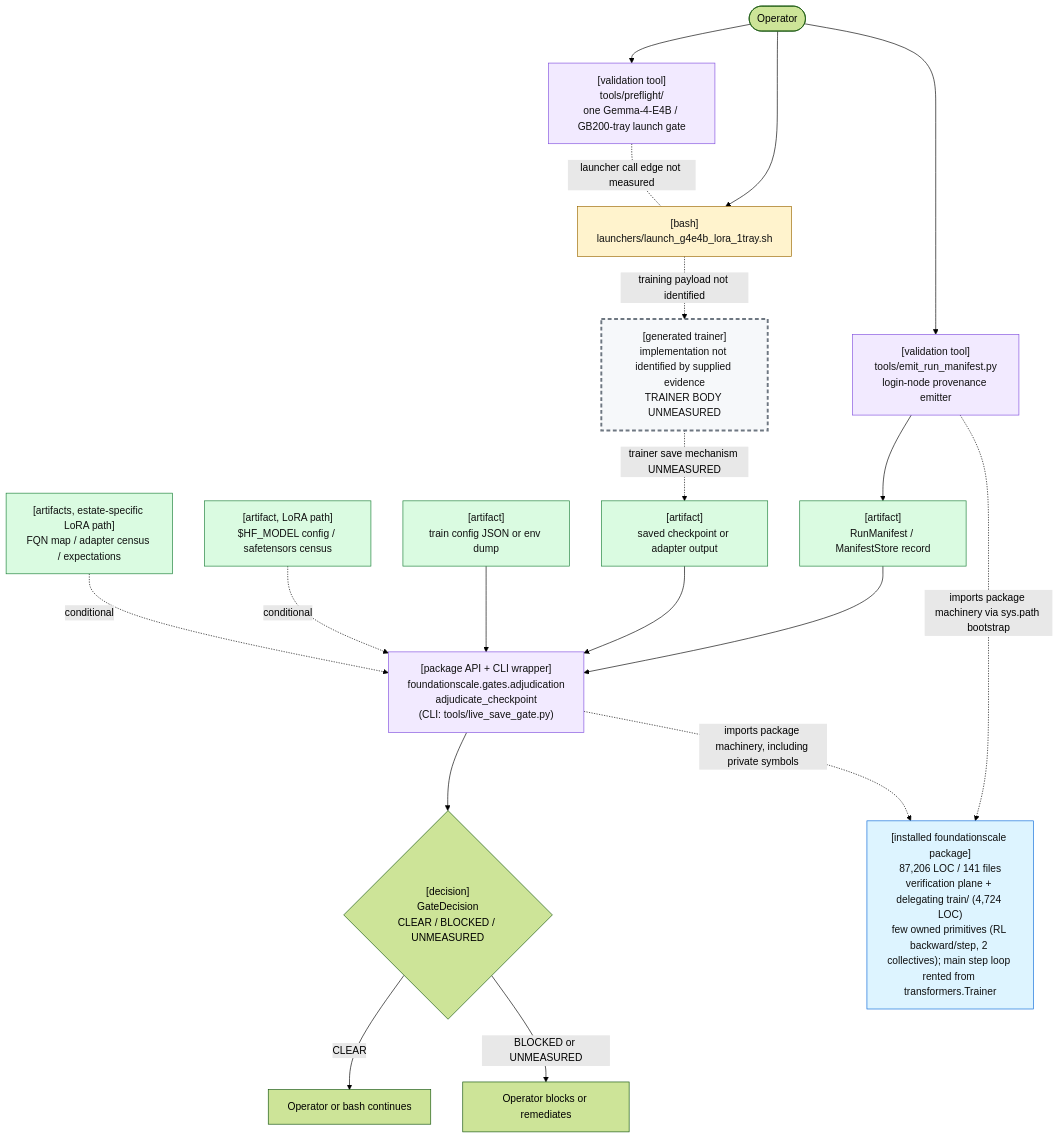
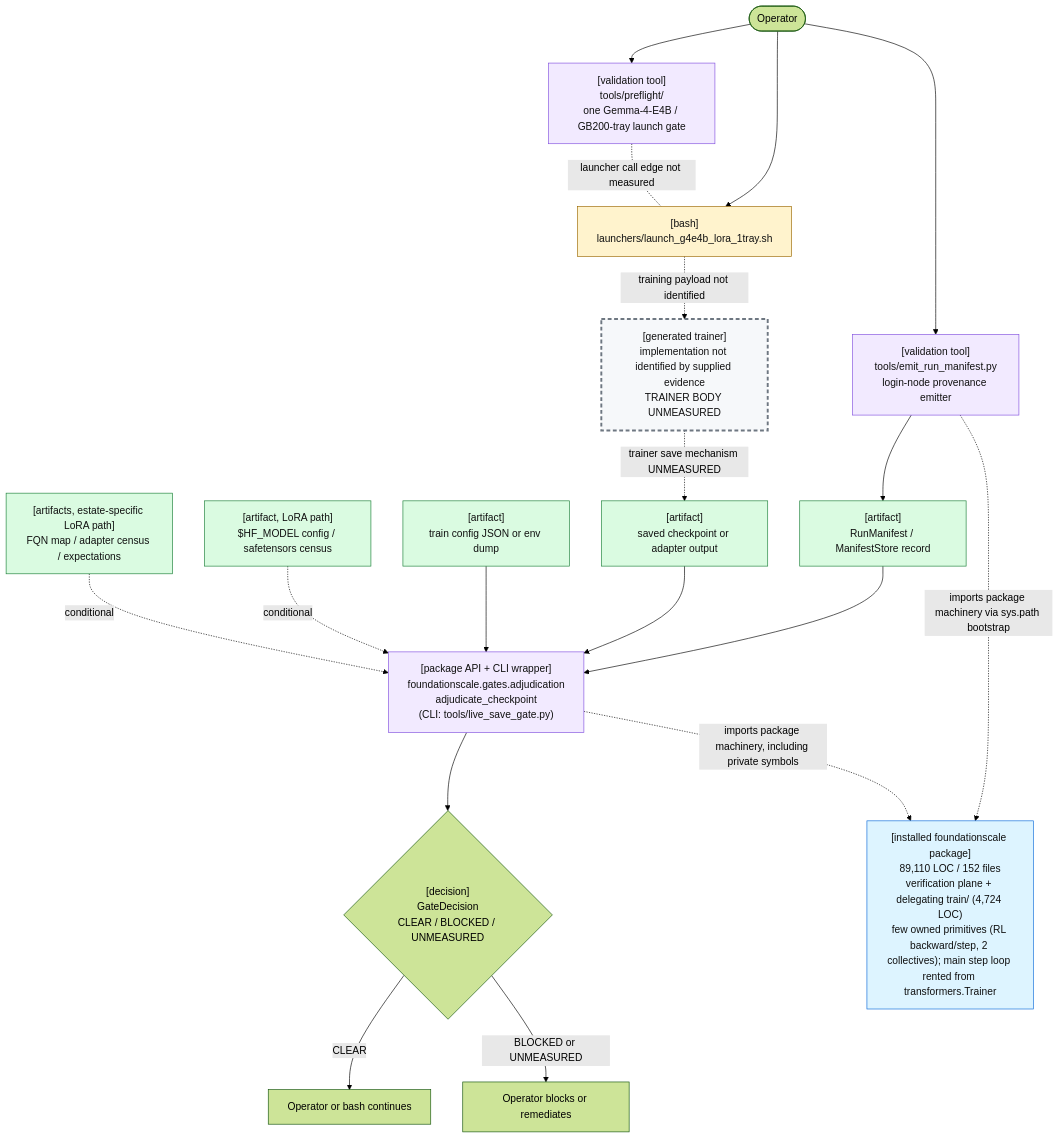
One commit to TranNhiem/FoundationScale changed the first of 2 diagrams in docs/review/D2_current_architecture.md. Above: the diagram before and after it, drawn with Mermaid (forest theme). The commit also changed other lines of this file and 10 other files, not shown here.

````diff
--- a/docs/review/D2_current_architecture.md
+++ b/docs/review/D2_current_architecture.md
@@ -25,59 +25,59 @@
 ```mermaid
 flowchart TB
   O(["Operator"])
 
   PF["[validation tool]<br/>tools/preflight/<br/>one Gemma-4-E4B / GB200-tray launch gate"]
   L["[bash]<br/>launchers/launch_g4e4b_lora_1tray.sh"]
 
   E["[validation tool]<br/>tools/emit_run_manifest.py<br/>login-node provenance emitter"]
   M["[artifact]<br/>RunManifest / ManifestStore record"]
 
   T["[generated trainer]<br/>implementation not identified by supplied evidence<br/>TRAINER BODY UNMEASURED"]
   C["[artifact]<br/>saved checkpoint or adapter output"]
 
   G["[package API + CLI wrapper]<br/>foundationscale.gates.adjudication<br/>adjudicate_checkpoint<br/>(CLI: tools/live_save_gate.py)"]
   CFG["[artifact]<br/>train config JSON or env dump"]
   BASE["[artifact, LoRA path]<br/>$HF_MODEL config / safetensors census"]
   CEN["[artifacts, estate-specific LoRA path]<br/>FQN map / adapter census / expectations"]
 
   D{"[decision]<br/>GateDecision<br/>CLEAR / BLOCKED / UNMEASURED"}
   OK["Operator or bash continues"]
   NO["Operator blocks or remediates"]
 
-  PKG["[installed foundationscale package]<br/>87,206 LOC / 141 files<br/>verification plane + delegating train/ (4,724 LOC)<br/>few owned primitives (RL backward/step, 2 collectives); main step loop rented from transformers.Trainer"]
+  PKG["[installed foundationscale package]<br/>89,110 LOC / 152 files<br/>verification plane + delegating train/ (4,724 LOC)<br/>few owned primitives (RL backward/step, 2 collectives); main step loop rented from transformers.Trainer"]
 
   O --> PF
   O --> L
   PF -. "launcher call edge not measured" .- L
 
   O --> E
   E --> M
 
   L -. "training payload not identified" .-> T
   T -. "trainer save mechanism UNMEASURED" .-> C
 
   M --> G
   C --> G
   CFG --> G
   BASE -. "conditional" .-> G
   CEN -. "conditional" .-> G
 
   E -. "imports package machinery via sys.path bootstrap" .-> PKG
   G -. "imports package machinery, including private symbols" .-> PKG
 
   G --> D
   D -->|"CLEAR"| OK
   D -->|"BLOCKED or UNMEASURED"| NO
 
   classDef bash fill:#fff3cd,stroke:#9a6700,color:#111;
   classDef tool fill:#f2eaff,stroke:#8250df,color:#111;
   classDef artifact fill:#dafbe1,stroke:#1a7f37,color:#111;
   classDef gap fill:#f6f8fa,stroke:#6e7781,stroke-width:3px,stroke-dasharray: 6 4,color:#111;
   classDef pkg fill:#ddf4ff,stroke:#0969da,color:#111;
 
   class L bash;
   class PF,E,G tool;
   class M,C,CFG,BASE,CEN artifact;
   class T gap;
   class PKG pkg;
 ```
````
